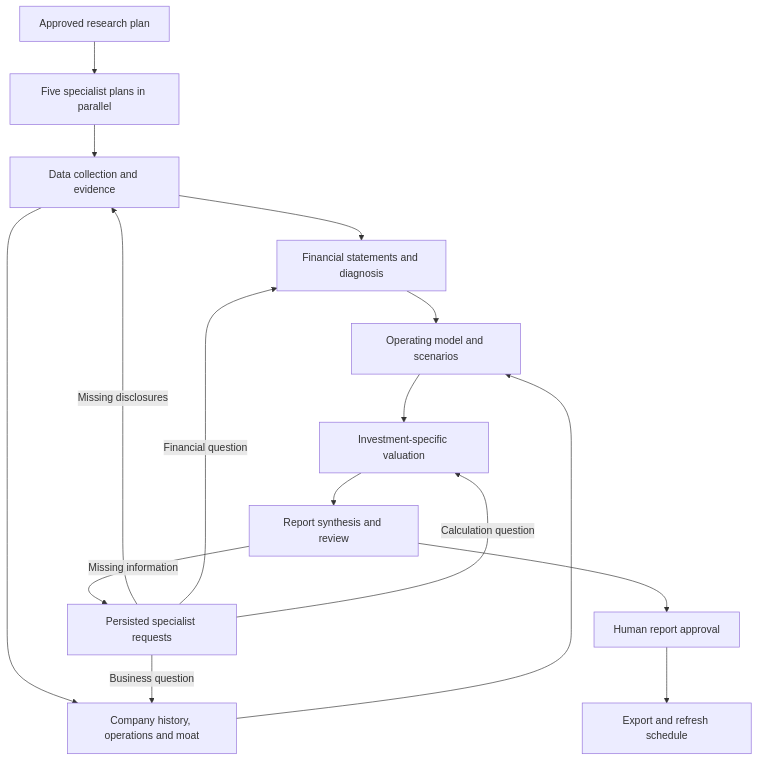
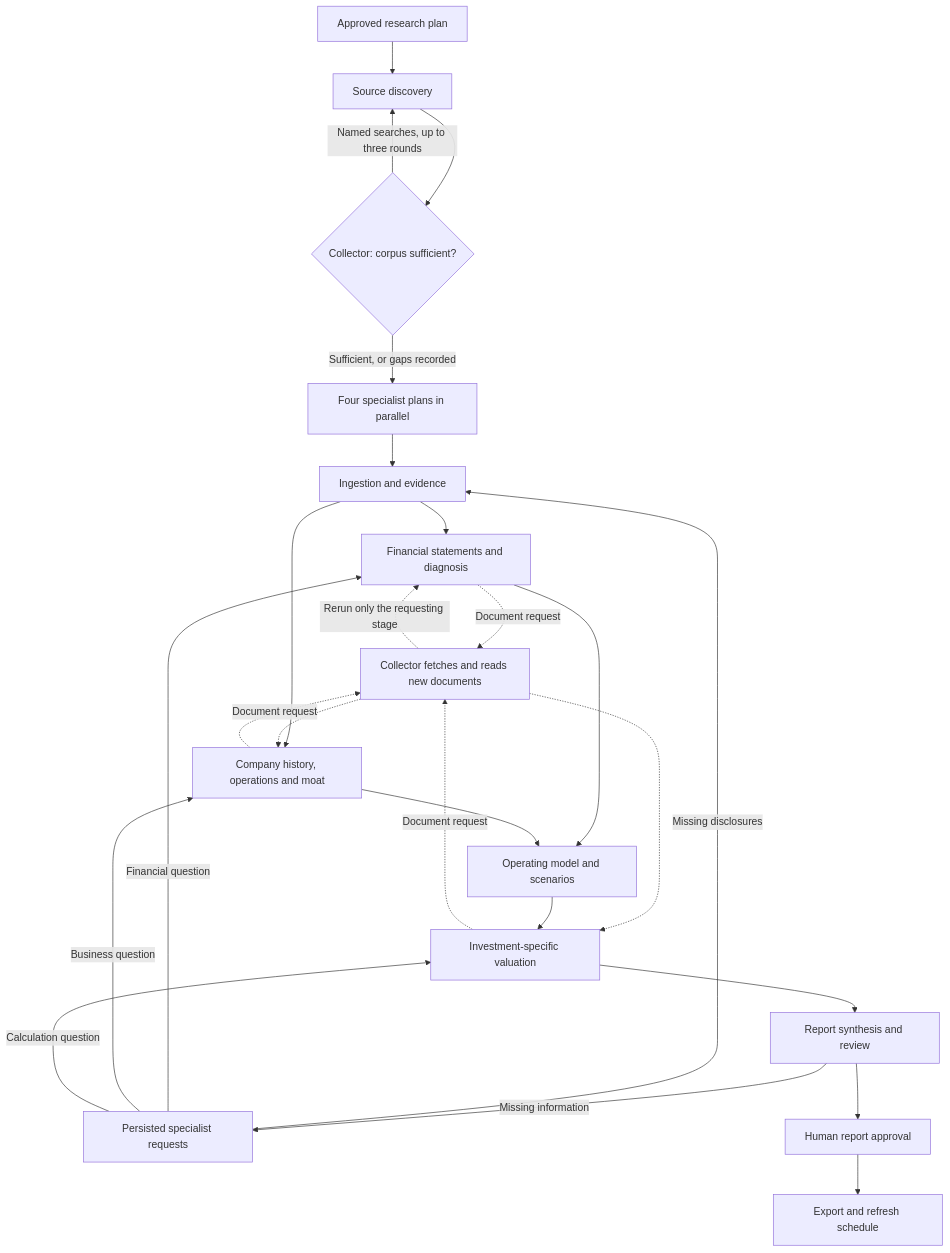
Before and after one commit to ToRRIIDeR97/Investing-Research-Pipeline: the second of 2 diagrams in docs/system.md, drawn with Mermaid. The commit also changed other lines of this file and 44 other files, not shown here.

First line of the commit message:
Add live-run repair specialist and specialist source requests

````diff
--- a/docs/system.md
+++ b/docs/system.md
@@ -36,18 +41,27 @@
 ```mermaid
 flowchart TD
-  Plan[Approved research plan] --> Briefs[Five specialist plans in parallel]
-  Briefs --> Data[Data collection and evidence]
+  Plan[Approved research plan] --> Discovery[Source discovery]
+  Discovery --> Review{Collector: corpus sufficient?}
+  Review -->|Named searches, up to three rounds| Discovery
+  Review -->|Sufficient, or gaps recorded| Briefs[Four specialist plans in parallel]
+  Briefs --> Data[Ingestion and evidence]
   Data --> Financials[Financial statements and diagnosis]
   Data --> Business[Company history, operations and moat]
+  Financials -.->|Document request| Collector[Collector fetches and reads new documents]
+  Business -.->|Document request| Collector
+  Valuation -.->|Document request| Collector
+  Collector -.->|Rerun only the requesting stage| Financials
+  Collector -.-> Business
+  Collector -.-> Valuation
   Financials --> Scenarios[Operating model and scenarios]
   Business --> Scenarios
   Scenarios --> Valuation[Investment-specific valuation]
   Valuation --> Report[Report synthesis and review]
   Report -->|Missing information| Requests[Persisted specialist requests]
   Requests -->|Missing disclosures| Data
   Requests -->|Financial question| Financials
   Requests -->|Business question| Business
   Requests -->|Calculation question| Valuation
   Report --> Human[Human report approval]
   Human --> Export[Export and refresh schedule]
 ```
````
